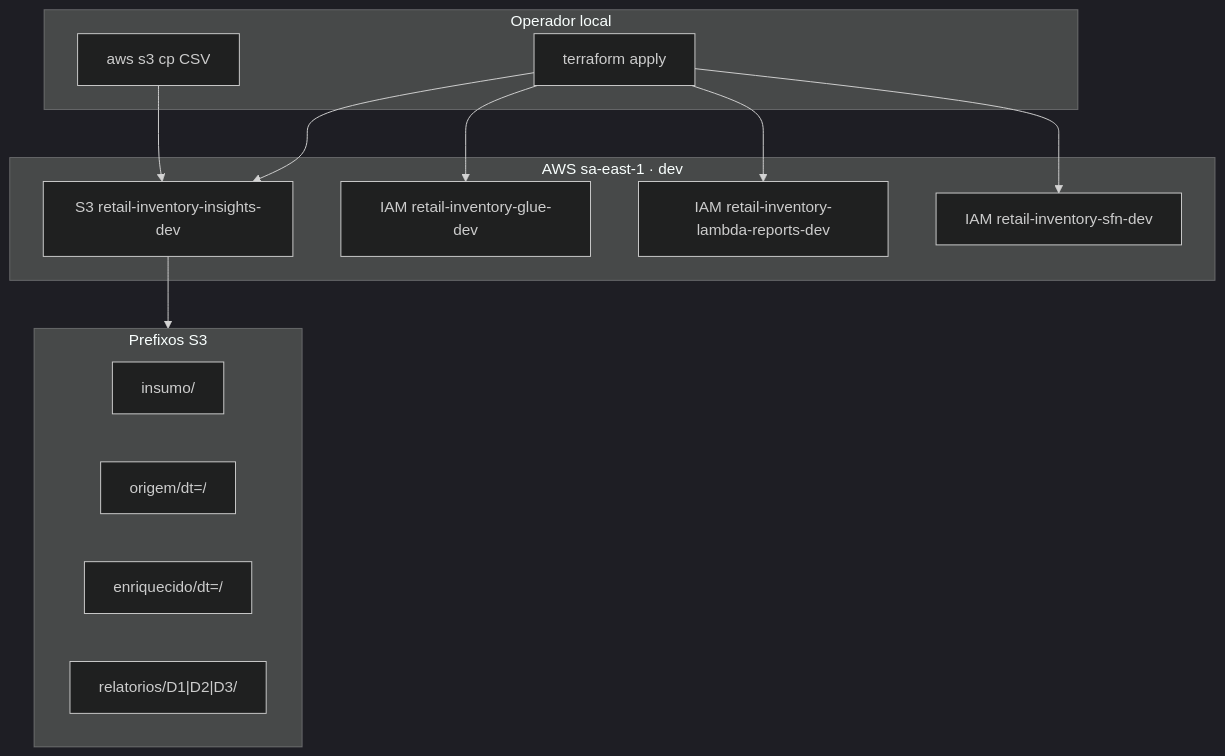
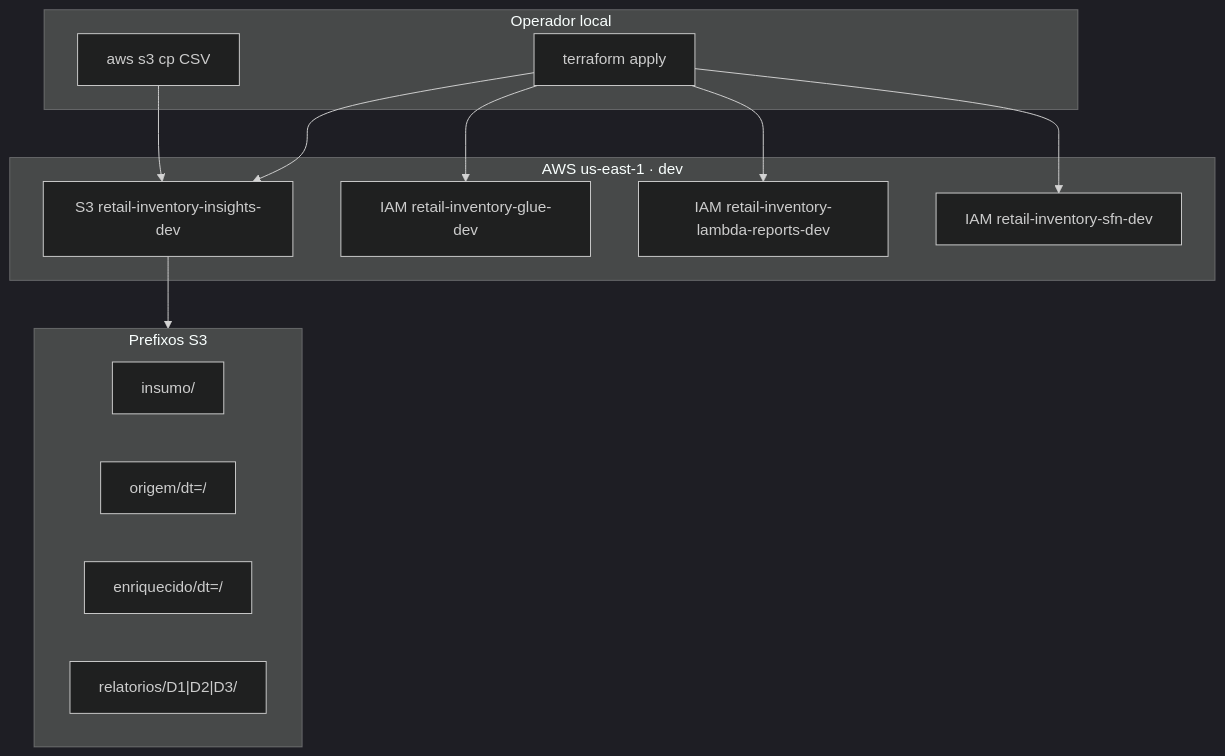
Before and after one commit to welligtoncos/datamesh-retail-inventory-insights-d1-d2-d3: the diagram in aidlc-docs/construction/u1-infra/infrastructure-design/deployment-architecture.md, drawn with Mermaid (dark theme). The commit also changed other lines of this file and 28 other files, not shown here.

First line of the commit message:
feat: migrar infra para us-east-1 e validar W2 no bucket retail-inventory-insights-dev-use1

````diff
--- a/aidlc-docs/construction/u1-infra/infrastructure-design/deployment-architecture.md
+++ b/aidlc-docs/construction/u1-infra/infrastructure-design/deployment-architecture.md
@@ -3,29 +3,29 @@
 ```mermaid
 flowchart TB
     subgraph Operator["Operador local"]
         TF["terraform apply"]
         CLI["aws s3 cp CSV"]
     end
 
-    subgraph AWS_sa_east_1["AWS sa-east-1 · dev"]
+    subgraph AWS_us_east_1["AWS us-east-1 · dev"]
         S3["S3 retail-inventory-insights-dev"]
         IAM_G["IAM retail-inventory-glue-dev"]
         IAM_L["IAM retail-inventory-lambda-reports-dev"]
         IAM_S["IAM retail-inventory-sfn-dev"]
     end
 
     TF --> S3
     TF --> IAM_G
     TF --> IAM_L
     TF --> IAM_S
     CLI --> S3
 
     subgraph Prefixes["Prefixos S3"]
         P1["insumo/"]
         P2["origem/dt=/"]
         P3["enriquecido/dt=/"]
         P4["relatorios/D1|D2|D3/"]
     end
 
     S3 --> Prefixes
 ```
````
